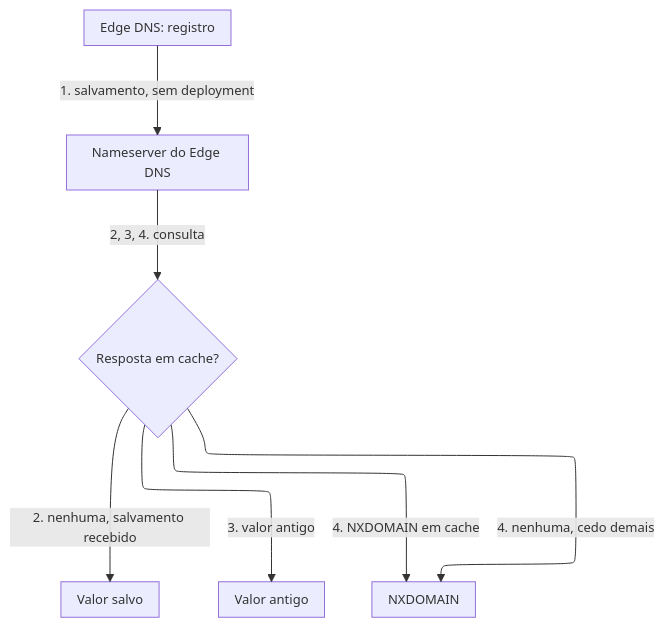
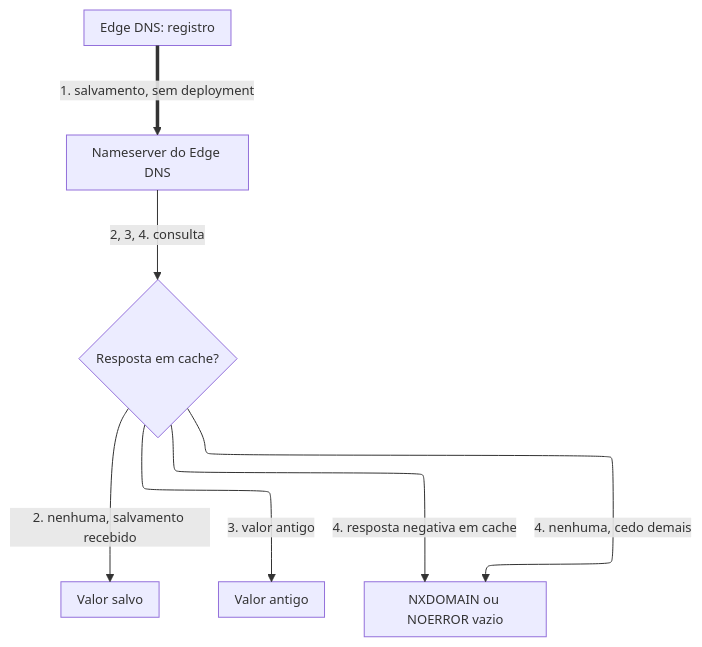
The second of 4 diagrams in apps/docs/src/content/docs/pt-br/pages/secure/edge-dns/how-it-works.mdx (aziontech/docs), drawn with Mermaid before and after one commit. The commit also changed other lines of this file and 8 other files, not shown here.

````diff
--- a/apps/docs/src/content/docs/pt-br/pages/secure/edge-dns/how-it-works.mdx
+++ b/apps/docs/src/content/docs/pt-br/pages/secure/edge-dns/how-it-works.mdx
@@ -63,16 +65,16 @@
 ```mermaid
 %%{init: {"layout": "elk", "themeVariables": {"fontSize": "13px"}, "flowchart": {"nodeSpacing": 24, "rankSpacing": 36, "padding": 8, "wrappingWidth": 150, "useMaxWidth": true}, "sequence": {"width": 120, "actorMargin": 30, "useMaxWidth": true}}}%%
 flowchart TD
   Rec["Edge DNS: registro"]
   NS["Nameserver do Edge DNS"]
   Check{"Resposta em cache?"}
   New["Valor salvo"]
   Old["Valor antigo"]
-  Neg["NXDOMAIN"]
-  Rec -->|"1. salvamento, sem deployment"| NS
+  Neg["NXDOMAIN ou NOERROR vazio"]
+  Rec ==>|"1. salvamento, sem deployment"| NS
   NS -->|"2, 3, 4. consulta"| Check
   Check -->|"2. nenhuma, salvamento recebido"| New
   Check -->|"3. valor antigo"| Old
   Check -->|"4. nenhuma, cedo demais"| Neg
-  Check -->|"4. NXDOMAIN em cache"| Neg
+  Check -->|"4. resposta negativa em cache"| Neg
 ```
````
